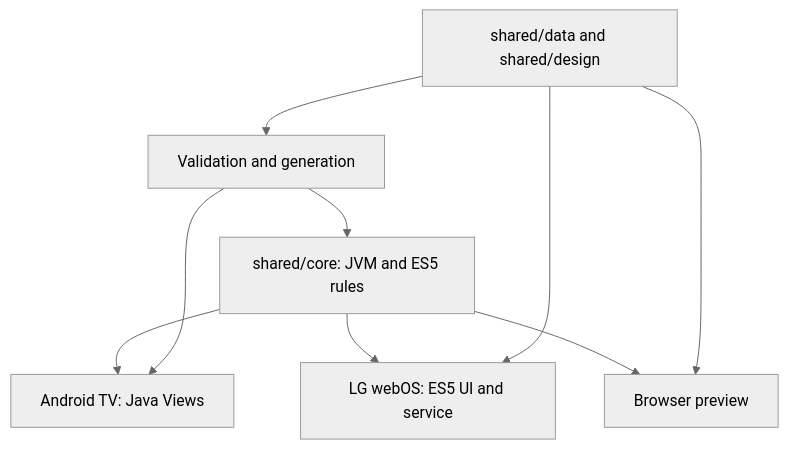
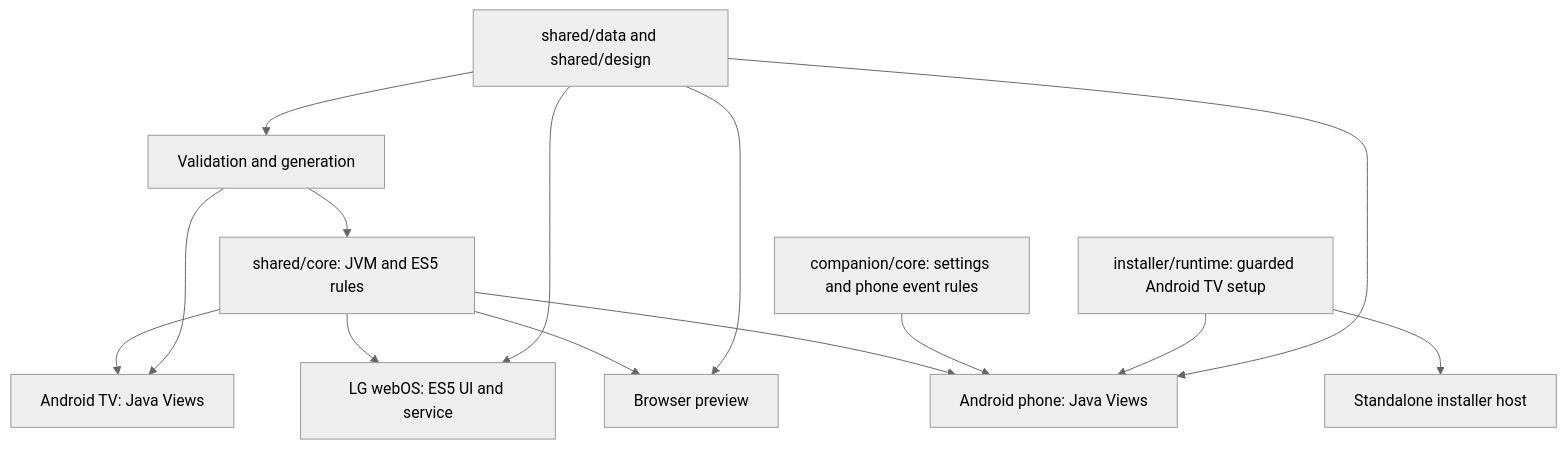
The diagram in docs/ARCHITECTURE.md (AbdelrahmanHajjaj/MiqatTV), drawn with Mermaid (neutral theme) before and after one commit. The commit also changed other lines of this file and 4 other files, not shown here.

````diff
--- a/docs/ARCHITECTURE.md
+++ b/docs/ARCHITECTURE.md
@@ -7,11 +7,16 @@
 ```mermaid
 flowchart TD
   Core[shared/core: JVM and ES5 rules] --> Android[Android TV: Java Views]
   Core --> LG[LG webOS: ES5 UI and service]
   Core --> Preview[Browser preview]
+  Core --> Phone[Android phone: Java Views]
+  PhoneCore[companion/core: settings and phone event rules] --> Phone
+  Installer[installer/runtime: guarded Android TV setup] --> Phone
+  Installer --> Standalone[Standalone installer host]
   Sources[shared/data and shared/design] --> Generators[Validation and generation]
   Generators --> Core
   Generators --> Android
   Sources --> LG
   Sources --> Preview
+  Sources --> Phone
 ```
````
